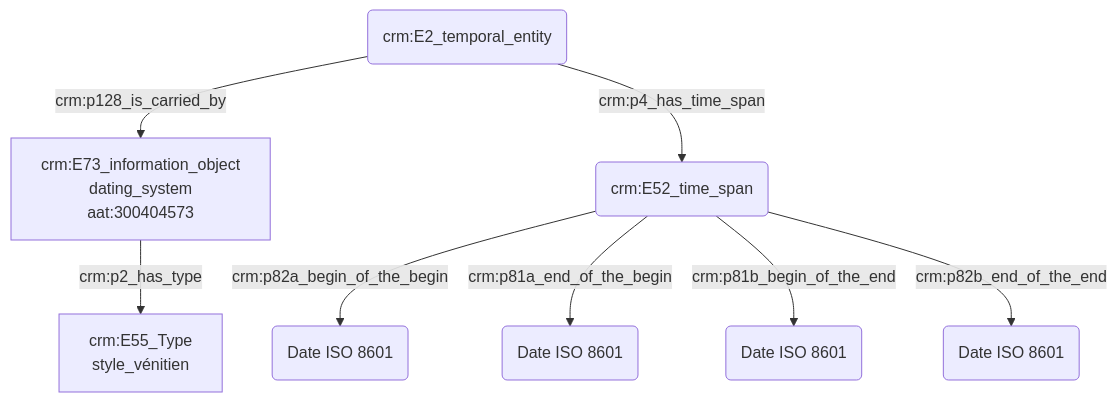
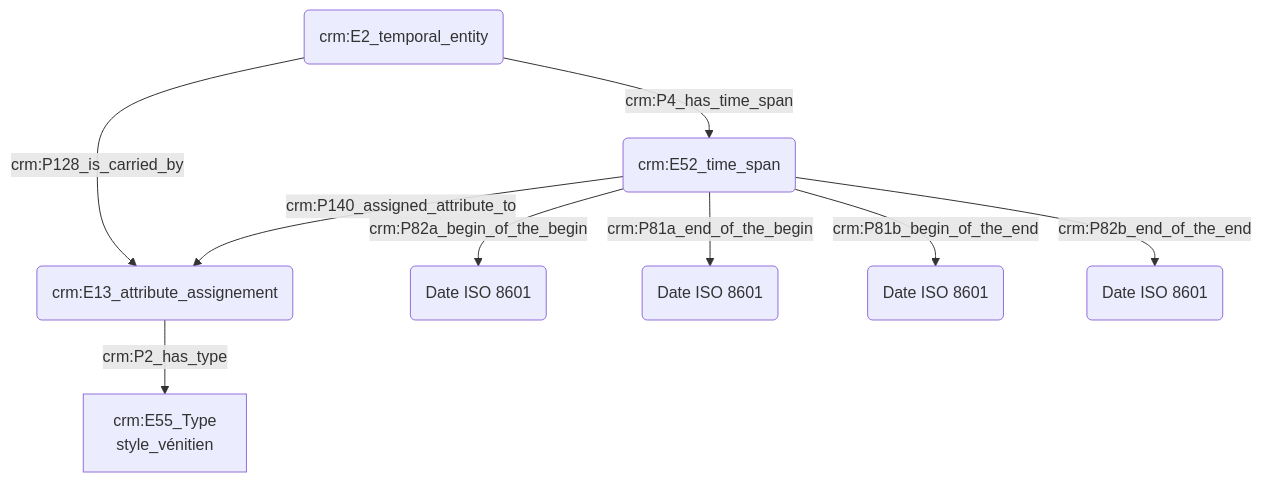
One commit to Amleth/consortium-musica2-gt2-ontologies changed the diagram in modules/livrables/Dossier 2/Datation/expression d'une date initialement présentée dans un autre référentiel calendaire.md. Above: the diagram before and after it, drawn with Mermaid. The commit also changed other lines of this file, not shown here.

Commit message:
Update expression d'une date initialement présentée dans un autre référentiel calendaire.md

````diff
--- a/modules/livrables/Dossier 2/Datation/expression d'une date initialement présentée dans un autre référentiel calendaire.md
+++ b/modules/livrables/Dossier 2/Datation/expression d'une date initialement présentée dans un autre référentiel calendaire.md
@@ -11,11 +15,12 @@
 ```mermaid
 graph TD;
 
-A(crm:E2_temporal_entity) --> |crm:p128_is_carried_by| G[crm:E73_information_object<br>dating_system<br>aat:300404573]
-G[crm:E73_information_object<br>dating_system<br>aat:300404573] --> |crm:p2_has_type| H[crm:E55_Type<br>style_vénitien]
-A(crm:E2_temporal_entity) --> |crm:p4_has_time_span| B(crm:E52_time_span)
-B(crm:E52_time_span) --> |crm:p82a_begin_of_the_begin| C("Date ISO 8601")
-B(crm:E52_time_span) --> |crm:p81a_end_of_the_begin| D("Date ISO 8601")
-B(crm:E52_time_span) --> |crm:p81b_begin_of_the_end| E("Date ISO 8601")
-B(crm:E52_time_span) --> |crm:p82b_end_of_the_end| F("Date ISO 8601")
+A(crm:E2_temporal_entity) --> |crm:P128_is_carried_by| G[crm:E73_information_object<br>dating_system<br>aat:300404573]
+G[crm:E73_information_object<br>dating_system<br>aat:300404573] --> |crm:P2_has_type| H[crm:E55_Type<br>style_vénitien]
+A(crm:E2_temporal_entity) --> |crm:P4_has_time_span| B(crm:E52_time_span)
+B(crm:E52_time_span) --> |crm:P82a_begin_of_the_begin| C("Date ISO 8601")
+B(crm:E52_time_span) --> |crm:P81a_end_of_the_begin| D("Date ISO 8601")
+B(crm:E52_time_span) --> |crm:P81b_begin_of_the_end| E("Date ISO 8601")
+B(crm:E52_time_span) --> |crm:P82b_end_of_the_end| F("Date ISO 8601")
+B(crm:E52_time_span) --> |crm:P140_assigned_attribute_to| G(crm:E13_attribute_assignement)
 ```
````
